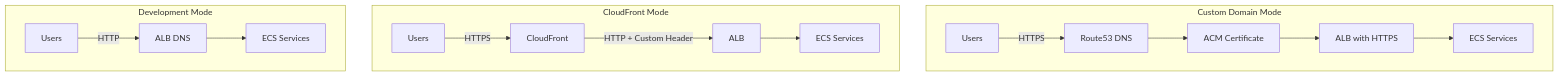
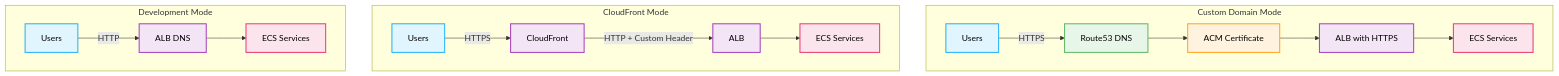
One commit to jrmatherly/mcp-registry-gateway changed the diagram in docs/deployment-modes.md. Above: the diagram before and after it, drawn with Mermaid. The commit also changed 35 other files, not shown here.

````diff
--- a/docs/deployment-modes.md
+++ b/docs/deployment-modes.md
@@ -29,20 +29,33 @@
 ```mermaid
 flowchart TB
     subgraph "Custom Domain Mode"
         U1[Users] -->|HTTPS| R53[Route53 DNS]
         R53 --> ACM1[ACM Certificate]
         ACM1 --> ALB1[ALB with HTTPS]
         ALB1 --> ECS1[ECS Services]
     end
 
     subgraph "CloudFront Mode"
         U2[Users] -->|HTTPS| CF[CloudFront]
         CF -->|HTTP + Custom Header| ALB2[ALB]
         ALB2 --> ECS2[ECS Services]
     end
 
     subgraph "Development Mode"
         U3[Users] -->|HTTP| ALB3[ALB DNS]
         ALB3 --> ECS3[ECS Services]
     end
+
+    %% Dark mode text visibility
+    classDef userStyle fill:#e1f5fe,stroke:#29b6f6,stroke-width:2px,color:#000
+    classDef dnsStyle fill:#e8f5e9,stroke:#66bb6a,stroke-width:2px,color:#000
+    classDef certStyle fill:#fff3e0,stroke:#ffa726,stroke-width:2px,color:#000
+    classDef albStyle fill:#f3e5f5,stroke:#ab47bc,stroke-width:2px,color:#000
+    classDef ecsStyle fill:#fce4ec,stroke:#ec407a,stroke-width:2px,color:#000
+
+    class U1,U2,U3 userStyle
+    class R53 dnsStyle
+    class ACM1 certStyle
+    class ALB1,ALB2,ALB3,CF albStyle
+    class ECS1,ECS2,ECS3 ecsStyle
 ```
````
